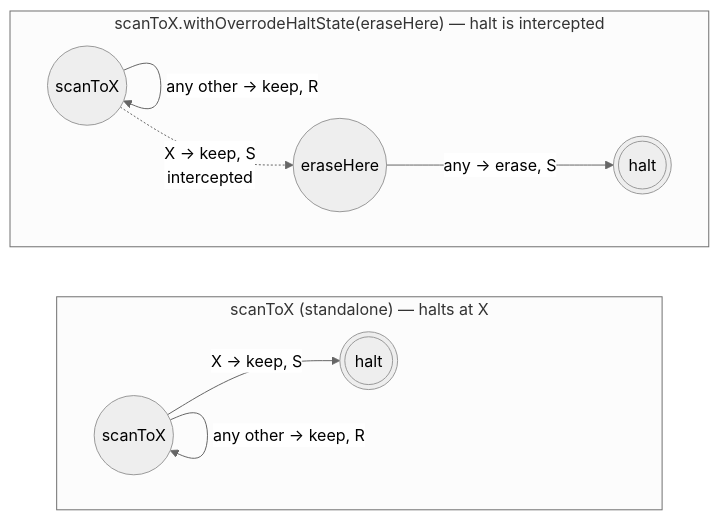
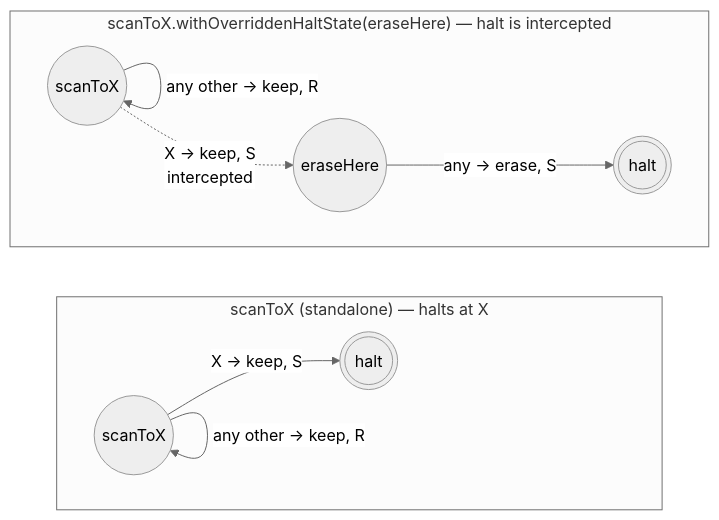
One commit to mellonis/turing-machine-js changed the sixth of 8 diagrams in packages/machine/README.md. Above: the diagram before and after it, drawn with Mermaid (neutral theme). The commit also changed other lines of this file and 14 other files, not shown here.

First line of the commit message:
refactor!: rename `withOverrodeHaltState` → `withOverriddenHaltState` (closes #149)

````diff
--- a/packages/machine/README.md
+++ b/packages/machine/README.md
@@ -403,19 +403,19 @@
 ```mermaid
 flowchart LR
     subgraph standalone["scanToX (standalone) — halts at X"]
         direction LR
         a1(("scanToX"))
         h1(((halt)))
         a1 -- "X → keep, S" --> h1
         a1 -- "any other → keep, R" --> a1
     end
-    subgraph composed["scanToX.withOverrodeHaltState(eraseHere) — halt is intercepted"]
+    subgraph composed["scanToX.withOverriddenHaltState(eraseHere) — halt is intercepted"]
         direction LR
         a2(("scanToX"))
         b2(("eraseHere"))
         h2(((halt)))
         a2 -. "X → keep, S<br/>intercepted" .-> b2
         a2 -- "any other → keep, R" --> a2
         b2 -- "any → erase, S" --> h2
     end
 ```
````
